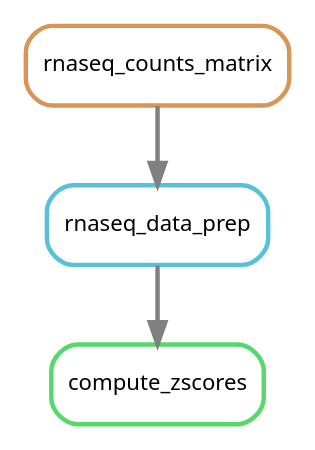
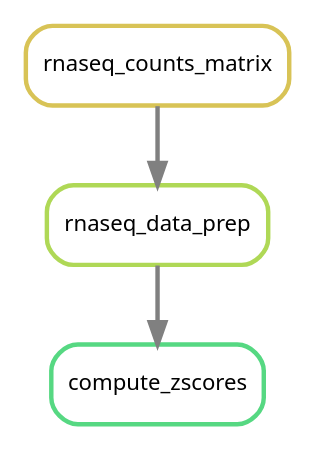
Before and after one commit to NCBI-Hackathons/Pharmacogenomics_Prediction_Pipeline_P3: the diagram in doc/source/images/zscores.dot, drawn with Graphviz. The commit also changed 35 other files, not shown here.

```diff
--- a/doc/source/images/zscores.dot
+++ b/doc/source/images/zscores.dot
@@ -1,10 +1,10 @@
 digraph snakemake_dag {
     graph[bgcolor=white, margin=0];
     node[shape=box, style=rounded, fontname=sans,                 fontsize=10, penwidth=2];
     edge[penwidth=2, color=grey];
-	0[label = "rnaseq_counts_matrix", color = "0.08 0.6 0.85", style="rounded"];
-	1[label = "compute_zscores", color = "0.36 0.6 0.85", style="rounded"];
-	2[label = "rnaseq_data_prep", color = "0.53 0.6 0.85", style="rounded"];
+	0[label = "compute_zscores", color = "0.39 0.6 0.85", style="rounded"];
+	1[label = "rnaseq_data_prep", color = "0.22 0.6 0.85", style="rounded"];
+	2[label = "rnaseq_counts_matrix", color = "0.14 0.6 0.85", style="rounded"];
+	1 -> 0
 	2 -> 1
-	0 -> 2
 }            
```
